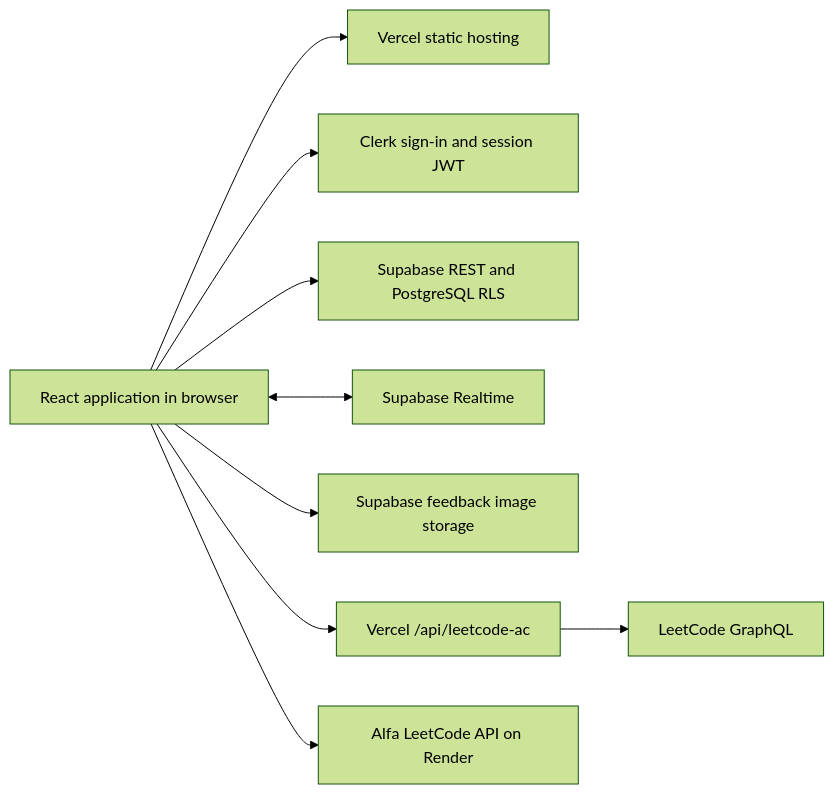
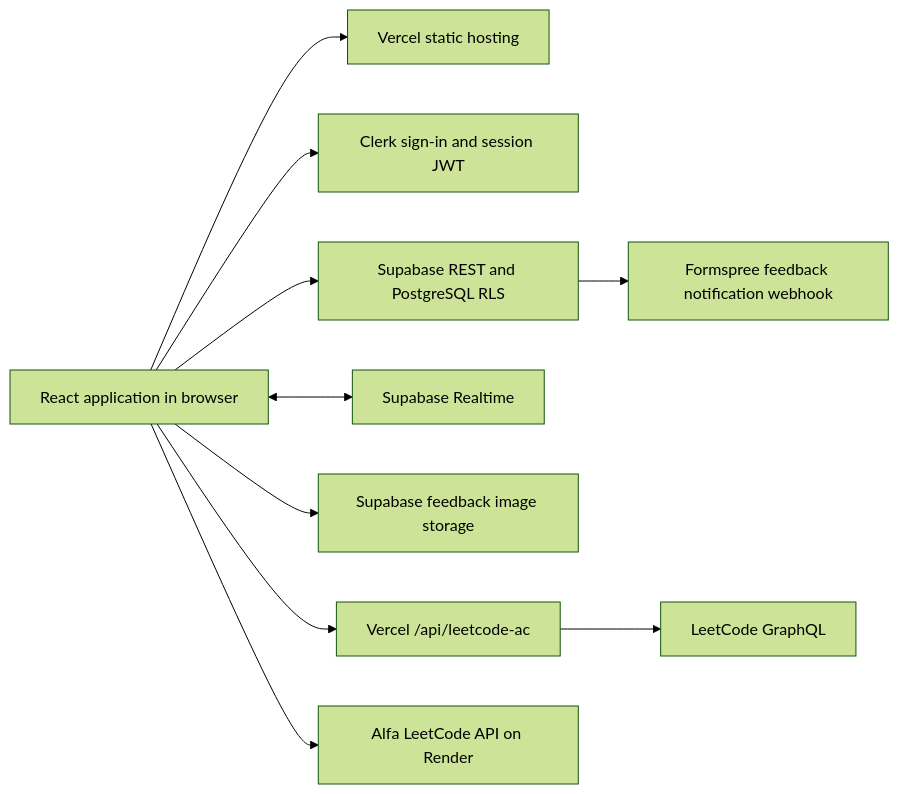
Before and after one commit to Alesiobarquin/LC-Tracker: the diagram in docs/reliability-review.md, drawn with Mermaid (forest theme). The commit also changed other lines of this file and 5 other files, not shown here.

````diff
--- a/docs/reliability-review.md
+++ b/docs/reliability-review.md
@@ -8,11 +8,12 @@
 ```mermaid
 flowchart LR
   Browser[React application in browser] --> Vercel[Vercel static hosting]
   Browser --> Clerk[Clerk sign-in and session JWT]
   Browser --> Supabase[Supabase REST and PostgreSQL RLS]
   Browser <--> Realtime[Supabase Realtime]
   Browser --> Storage[Supabase feedback image storage]
+  Supabase --> Webhook[Formspree feedback notification webhook]
   Browser --> Proxy[Vercel /api/leetcode-ac]
   Proxy --> LeetCode[LeetCode GraphQL]
   Browser --> Fallback[Alfa LeetCode API on Render]
 ```
````
